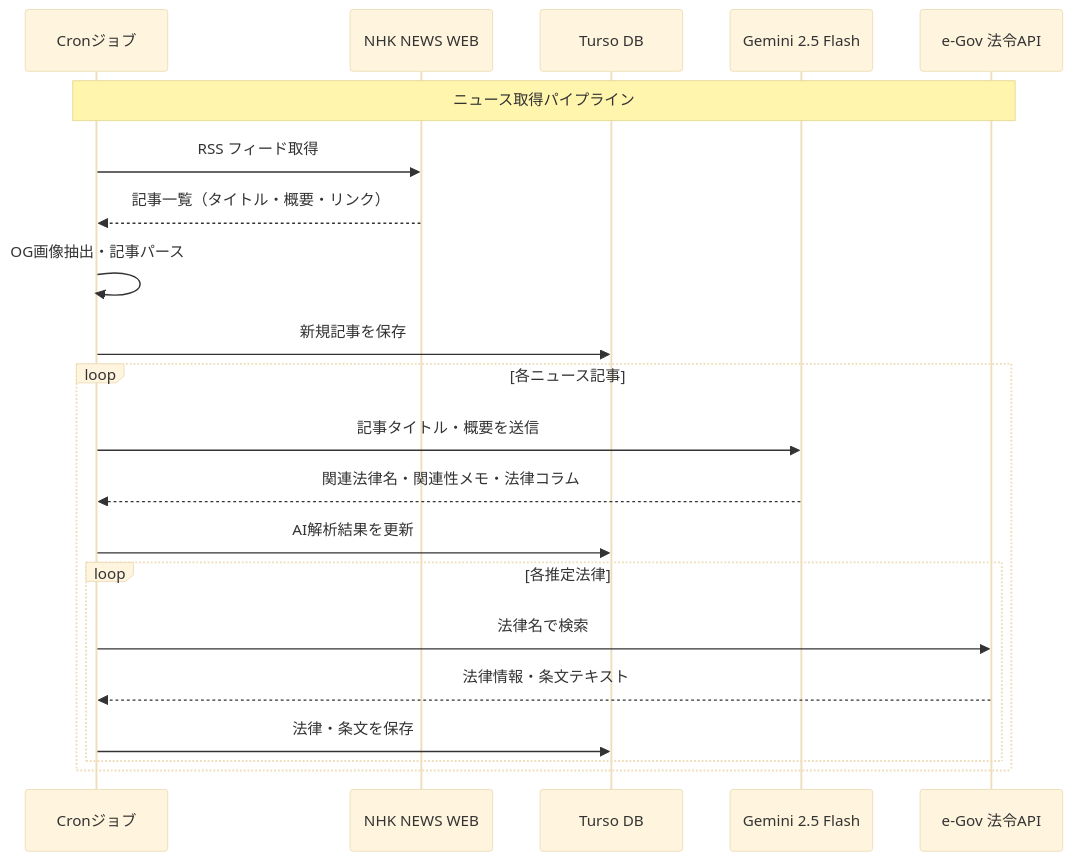
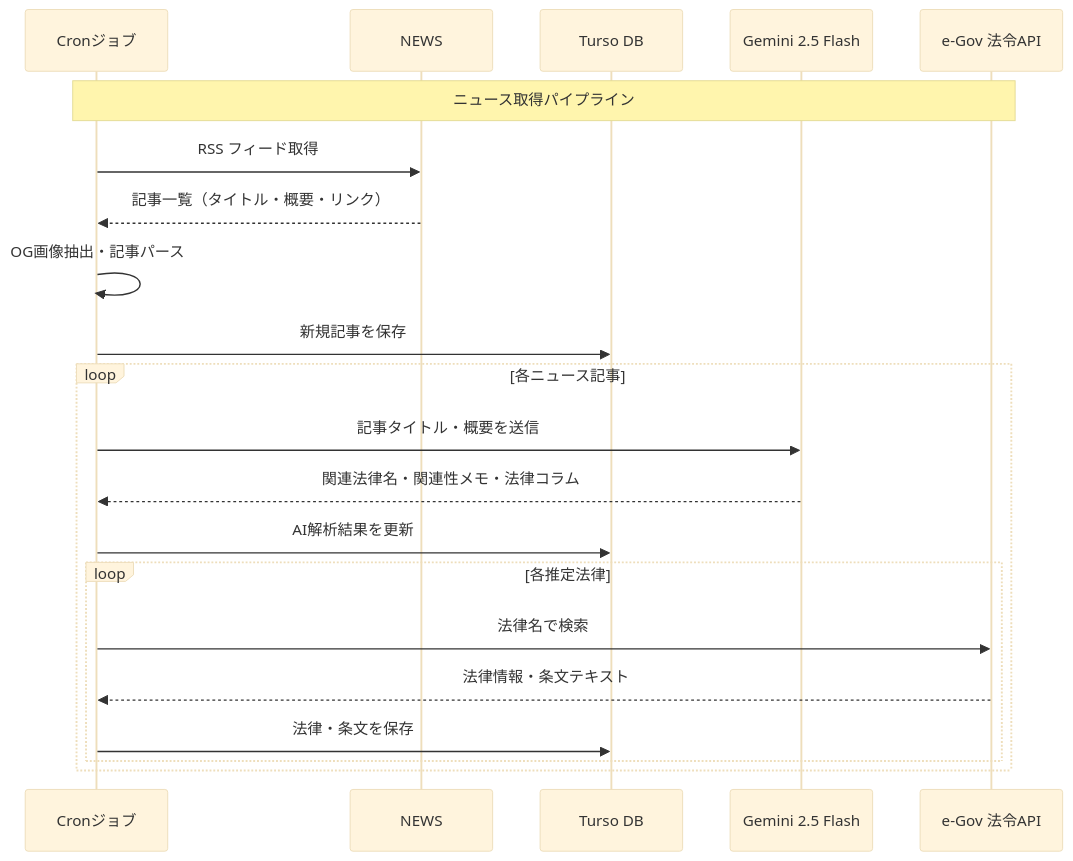
The diagram in README.md (Yu-Kashiro/news-law-app-2), drawn with Mermaid (base theme) before and after one commit. The commit also changed other lines of this file, not shown here.

````diff
--- a/README.md
+++ b/README.md
@@ -141,27 +60,27 @@
 ```mermaid
 sequenceDiagram
     participant Cron as Cronジョブ
-    participant NHK as NHK NEWS WEB
+    participant NEWS as NEWS
     participant DB as Turso DB
     participant AI as Gemini 2.5 Flash
     participant EGov as e-Gov 法令API
 
     Note over Cron,EGov: ニュース取得パイプライン
 
-    Cron->>NHK: RSS フィード取得
-    NHK-->>Cron: 記事一覧（タイトル・概要・リンク）
+    Cron->>NEWS: RSS フィード取得
+    NEWS-->>Cron: 記事一覧（タイトル・概要・リンク）
     Cron->>Cron: OG画像抽出・記事パース
     Cron->>DB: 新規記事を保存
 
     loop 各ニュース記事
         Cron->>AI: 記事タイトル・概要を送信
         AI-->>Cron: 関連法律名・関連性メモ・法律コラム
         Cron->>DB: AI解析結果を更新
 
         loop 各推定法律
             Cron->>EGov: 法律名で検索
             EGov-->>Cron: 法律情報・条文テキスト
             Cron->>DB: 法律・条文を保存
         end
     end
 ```
````
